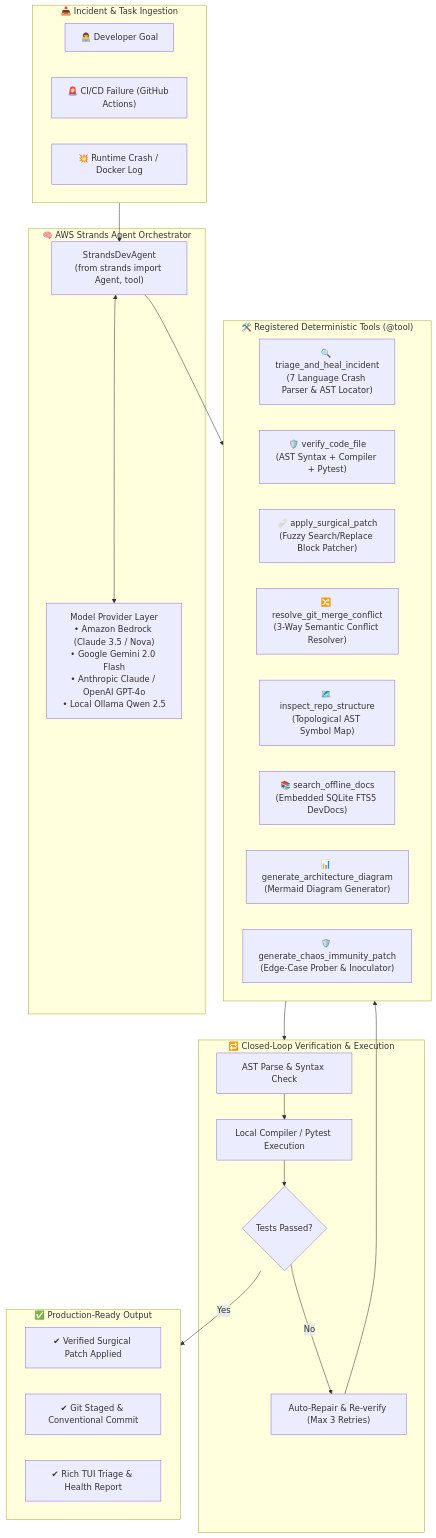
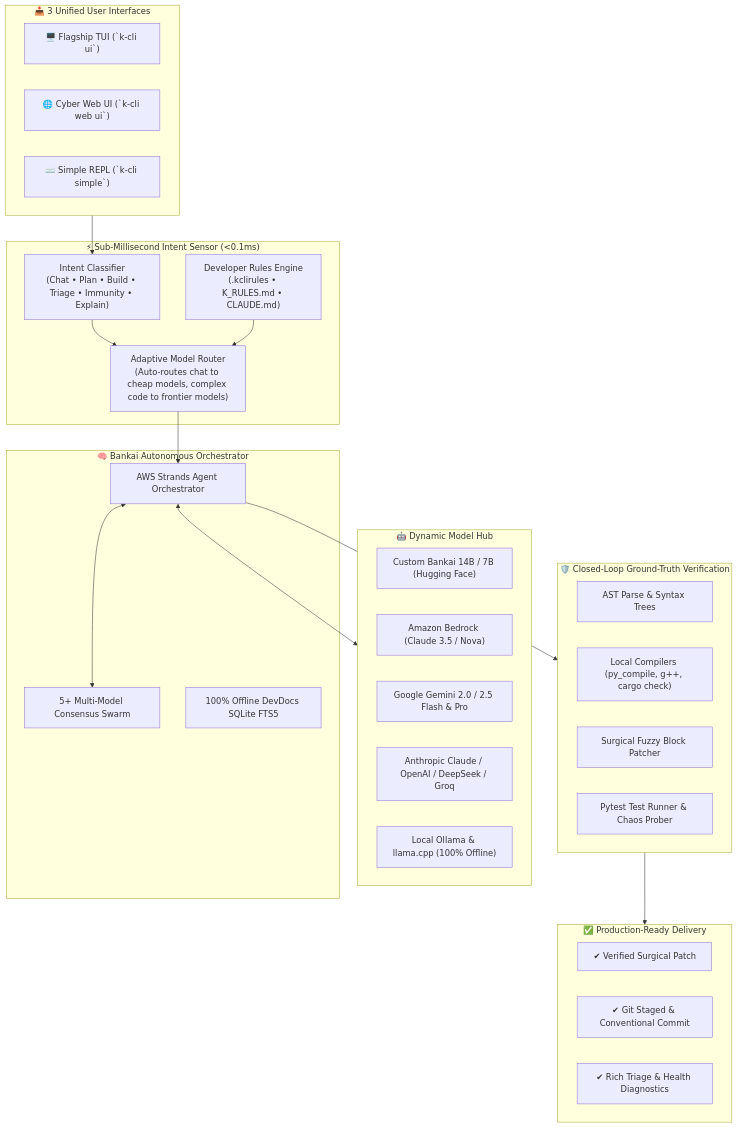
Before and after one commit to krishivjoshi219-collab/K-Cli-for-Devs: the diagram in README.md, drawn with Mermaid. The commit also changed other lines of this file and 13 other files, not shown here.

Commit message:
feat: add Tier 3 Simple REPL UI, custom developer rules (.kclirules), adaptive intent auto-routing, default model pinning, and zero-freeze async worker architecture

````diff
--- a/README.md
+++ b/README.md
@@ -31,45 +112,50 @@
 ```mermaid
 flowchart TD
-  subgraph Input ["📥 Incident & Task Ingestion"]
-    User["👨‍💻 Developer Goal"]
-    CI["🚨 CI/CD Failure (GitHub Actions)"]
-    Crash["💥 Runtime Crash / Docker Log"]
+  subgraph Input ["📥 3 Unified User Interfaces"]
+    UI1["🖥️ Flagship TUI (`k-cli ui`)"]
+    UI2["🌐 Cyber Web UI (`k-cli web ui`)"]
+    UI3["⌨️ Simple REPL (`k-cli simple`)"]
   end
 
-  subgraph Brain ["🧠 AWS Strands Agent Orchestrator"]
-    SA["StrandsDevAgent\n(from strands import Agent, tool)"]
-    Models["Model Provider Layer\n• Amazon Bedrock (Claude 3.5 / Nova)\n• Google Gemini 2.0 Flash\n• Anthropic Claude / OpenAI GPT-4o\n• Local Ollama Qwen 2.5"]
-    SA <--> Models
+  subgraph Sensor ["⚡ Sub-Millisecond Intent Sensor (<0.1ms)"]
+    IS["Intent Classifier\n(Chat • Plan • Build • Triage • Immunity • Explain)"]
+    AR["Adaptive Model Router\n(Auto-routes chat to cheap models, complex code to frontier models)"]
+    Rules["Developer Rules Engine\n(.kclirules • K_RULES.md • CLAUDE.md)"]
+    IS --> AR
+    Rules --> AR
   end
 
-  subgraph Tools ["🛠️ Registered Deterministic Tools (@tool)"]
-    T1["🔍 triage_and_heal_incident\n(7 Language Crash Parser & AST Locator)"]
-    T2["🛡️ verify_code_file\n(AST Syntax + Compiler + Pytest)"]
-    T3["🩹 apply_surgical_patch\n(Fuzzy Search/Replace Block Patcher)"]
-    T4["🔀 resolve_git_merge_conflict\n(3-Way Semantic Conflict Resolver)"]
-    T5["🗺️ inspect_repo_structure\n(Topological AST Symbol Map)"]
-    T6["📚 search_offline_docs\n(Embedded SQLite FTS5 DevDocs)"]
-    T7["📊 generate_architecture_diagram\n(Mermaid Diagram Generator)"]
-    T8["🛡️ generate_chaos_immunity_patch\n(Edge-Case Prober & Inoculator)"]
+  subgraph Engine ["🧠 Bankai Autonomous Orchestrator"]
+    SA["AWS Strands Agent Orchestrator"]
+    Swarm["5+ Multi-Model Consensus Swarm"]
+    DevDocs["100% Offline DevDocs SQLite FTS5"]
+    SA <--> Swarm
   end
 
-  subgraph Loop ["🔁 Closed-Loop Verification & Execution"]
-    AST["AST Parse & Syntax Check"]
-    Comp["Local Compiler / Pytest Execution"]
-    Retry{"Tests Passed?"}
-    SelfHeal["Auto-Repair & Re-verify (Max 3 Retries)"]
+  subgraph Models ["🤖 Dynamic Model Hub"]
+    M1["Custom Bankai 14B / 7B (Hugging Face)"]
+    M2["Amazon Bedrock (Claude 3.5 / Nova)"]
+    M3["Google Gemini 2.0 / 2.5 Flash & Pro"]
+    M4["Anthropic Claude / OpenAI / DeepSeek / Groq"]
+    M5["Local Ollama & llama.cpp (100% Offline)"]
   end
 
-  subgraph Output ["✅ Production-Ready Output"]
-    Patched["✔ Verified Surgical Patch Applied"]
-    Commit["✔ Git Staged & Conventional Commit"]
-    Report["✔ Rich TUI Triage & Health Report"]
+  subgraph Verifier ["🛡️ Closed-Loop Ground-Truth Verification"]
+    AST["AST Parse & Syntax Trees"]
+    Comp["Local Compilers (py_compile, g++, cargo check)"]
+    Patcher["Surgical Fuzzy Block Patcher"]
+    Tests["Pytest Test Runner & Chaos Prober"]
   end
 
-  Input --> SA
-  SA --> Tools
-  Tools --> Loop
-  AST --> Comp --> Retry
-  Retry -- No --> SelfHeal --> Tools
-  Retry -- Yes --> Output
+  subgraph Output ["✅ Production-Ready Delivery"]
+    Fix["✔ Verified Surgical Patch"]
+    Git["✔ Git Staged & Conventional Commit"]
+    Report["✔ Rich Triage & Health Diagnostics"]
+  end
+
+  Input --> IS
+  AR --> SA
+  SA <--> Models
+  SA --> Verifier
+  Verifier --> Output
 ```
````
